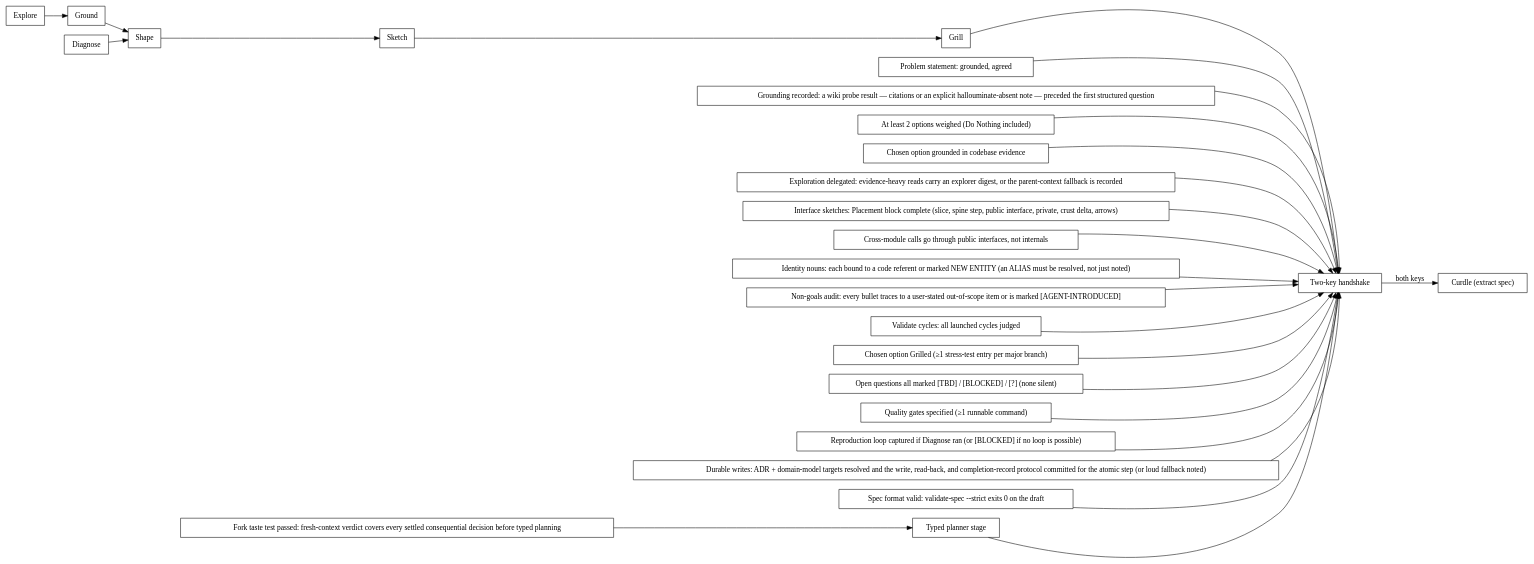
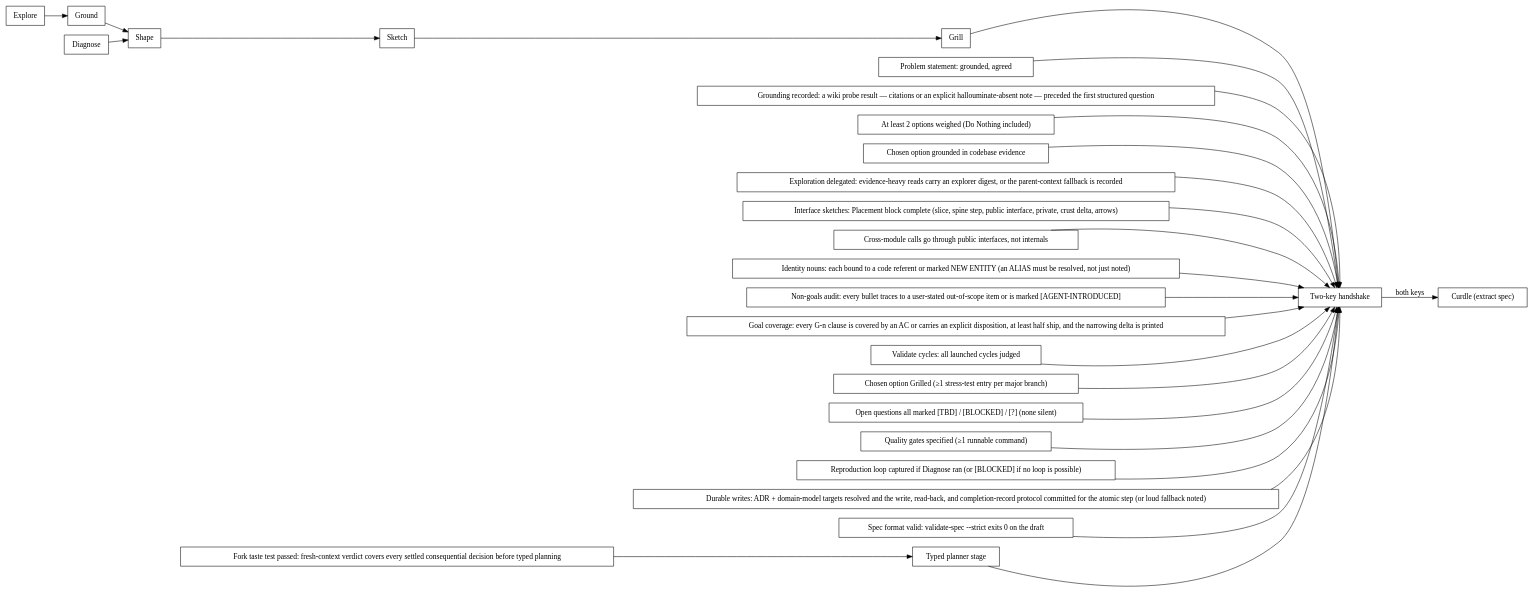
One commit to paulnsorensen/easy-cheese changed the diagram in skills/mold/scripts/mold.dot. Above: the diagram before and after it, drawn with Graphviz. The commit also changed 23 other files, not shown here.

First line of the commit message:
feat(mold): add goal-coverage gate before the two-key handshake

```diff
--- a/skills/mold/scripts/mold.dot
+++ b/skills/mold/scripts/mold.dot
@@ -1,55 +1,57 @@
 digraph mold_gates {
   rankdir=LR;
   node [shape=box];
   explore [label="Explore", kind="mode"];
   ground [label="Ground", kind="mode"];
   shape [label="Shape", kind="mode"];
   sketch [label="Sketch", kind="mode"];
   grill [label="Grill", kind="mode"];
   diagnose [label="Diagnose", kind="mode"];
   problem_statement [label="Problem statement: grounded, agreed", kind="gate"];
   grounding_recorded [label="Grounding recorded: a wiki probe result — citations or an explicit hallouminate-absent note — preceded the first structured question", kind="gate"];
   at_least_2_options_weighed_do_nothing_included [label="At least 2 options weighed (Do Nothing included)", kind="gate"];
   chosen_option_grounded_in_codebase_evidence [label="Chosen option grounded in codebase evidence", kind="gate"];
   exploration_delegated [label="Exploration delegated: evidence-heavy reads carry an explorer digest, or the parent-context fallback is recorded", kind="gate"];
   interface_sketches [label="Interface sketches: Placement block complete (slice, spine step, public interface, private, crust delta, arrows)", kind="gate"];
   cross_module_calls_go_through_public_interfaces_not_internals [label="Cross-module calls go through public interfaces, not internals", kind="gate"];
   identity_nouns [label="Identity nouns: each bound to a code referent or marked NEW ENTITY (an ALIAS must be resolved, not just noted)", kind="gate"];
   non_goals_audit [label="Non-goals audit: every bullet traces to a user-stated out-of-scope item or is marked [AGENT-INTRODUCED]", kind="gate"];
+  goal_coverage [label="Goal coverage: every G-n clause is covered by an AC or carries an explicit disposition, at least half ship, and the narrowing delta is printed", kind="gate"];
   validate_cycles [label="Validate cycles: all launched cycles judged", kind="gate"];
   chosen_option_grilled_1_stress_test_entry_per_major_branch [label="Chosen option Grilled (≥1 stress-test entry per major branch)", kind="gate"];
   open_questions_all_marked_tbd_blocked_none_silent [label="Open questions all marked [TBD] / [BLOCKED] / [?] (none silent)", kind="gate"];
   quality_gates_specified_1_runnable_command [label="Quality gates specified (≥1 runnable command)", kind="gate"];
   reproduction_loop_captured_if_diagnose_ran_or_blocked_if_no_loop_is_possible [label="Reproduction loop captured if Diagnose ran (or [BLOCKED] if no loop is possible)", kind="gate"];
   durable_writes [label="Durable writes: ADR + domain-model targets resolved and the write, read-back, and completion-record protocol committed for the atomic step (or loud fallback noted)", kind="gate"];
   fork_taste_test_passed [label="Fork taste test passed: fresh-context verdict covers every settled consequential decision before typed planning", kind="gate"];
   spec_format_valid [label="Spec format valid: validate-spec --strict exits 0 on the draft", kind="gate"];
   typed_planner_stage [label="Typed planner stage", kind="planner"];
   handshake [label="Two-key handshake", kind="handshake"];
   curdle [label="Curdle (extract spec)", kind="terminal"];
   explore -> ground;
   ground -> shape;
   shape -> sketch;
   sketch -> grill;
   diagnose -> shape;
   problem_statement -> handshake;
   grounding_recorded -> handshake;
   at_least_2_options_weighed_do_nothing_included -> handshake;
   chosen_option_grounded_in_codebase_evidence -> handshake;
   exploration_delegated -> handshake;
   interface_sketches -> handshake;
   cross_module_calls_go_through_public_interfaces_not_internals -> handshake;
   identity_nouns -> handshake;
   non_goals_audit -> handshake;
+  goal_coverage -> handshake;
   validate_cycles -> handshake;
   chosen_option_grilled_1_stress_test_entry_per_major_branch -> handshake;
   open_questions_all_marked_tbd_blocked_none_silent -> handshake;
   quality_gates_specified_1_runnable_command -> handshake;
   reproduction_loop_captured_if_diagnose_ran_or_blocked_if_no_loop_is_possible -> handshake;
   durable_writes -> handshake;
   fork_taste_test_passed -> typed_planner_stage;
   spec_format_valid -> handshake;
   typed_planner_stage -> handshake;
   grill -> handshake;
   handshake -> curdle [label="both keys"];
 }
```
